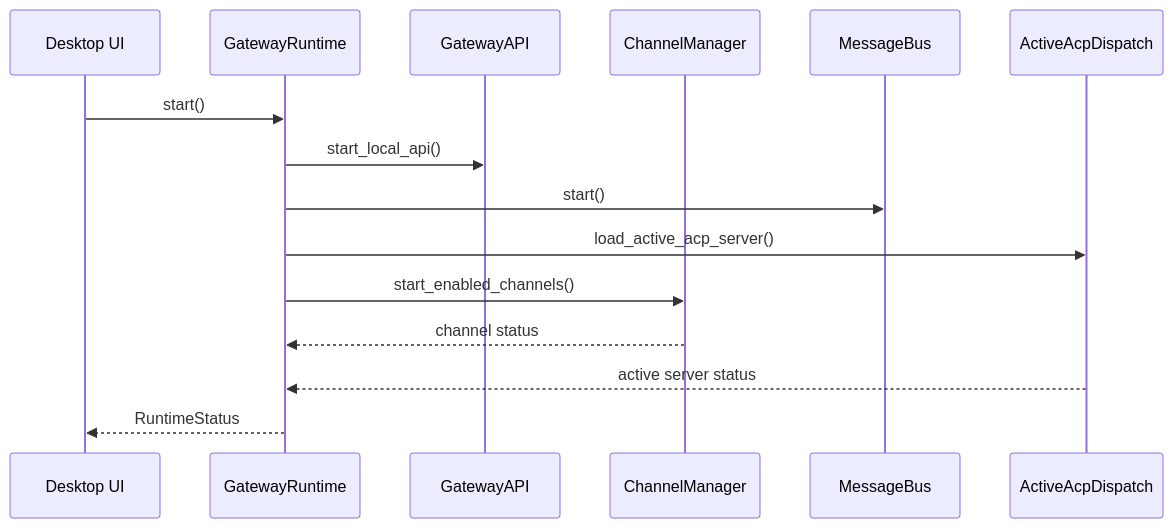
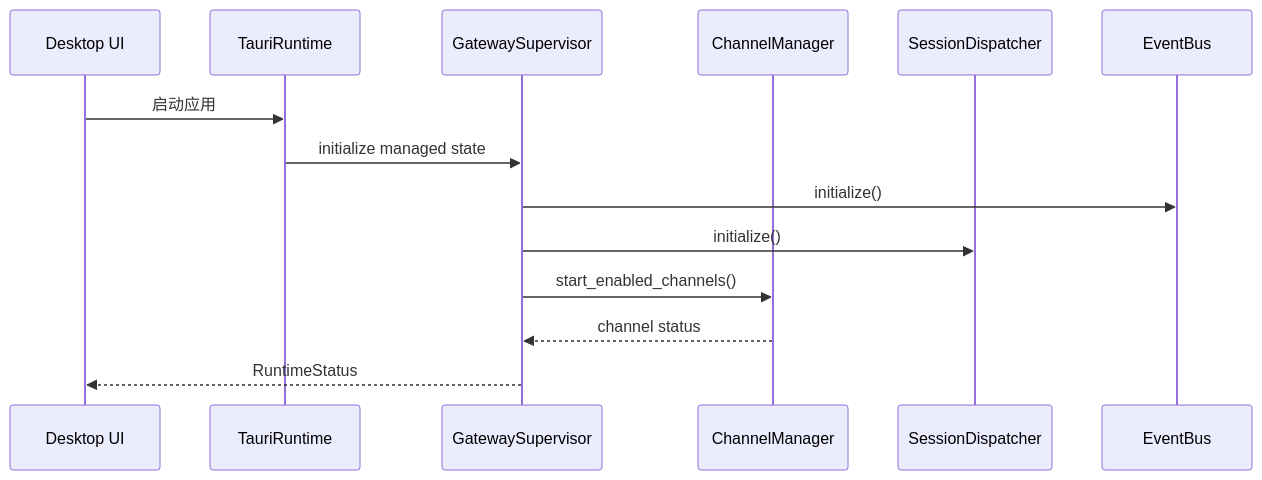
Before and after one commit to zhuxining/MindClaw: the first of 3 diagrams in docs/architecture/10-channel-gateway.md, drawn with Mermaid. The commit also changed other lines of this file and 17 other files, not shown here.

First line of the commit message:
feat: add event bus for runtime events and message processing

````diff
--- a/docs/architecture/10-channel-gateway.md
+++ b/docs/architecture/10-channel-gateway.md
@@ -59,18 +59,17 @@
 ```mermaid
 sequenceDiagram
     participant UI as Desktop UI
-    participant RT as GatewayRuntime
-    participant API as GatewayAPI
+    participant TR as TauriRuntime
+    participant GS as GatewaySupervisor
     participant CM as ChannelManager
-    participant MB as MessageBus
-    participant AD as ActiveAcpDispatch
+    participant SD as SessionDispatcher
+    participant EB as EventBus
 
-    UI->>RT: start()
-    RT->>API: start_local_api()
-    RT->>MB: start()
-    RT->>AD: load_active_acp_server()
-    RT->>CM: start_enabled_channels()
-    CM-->>RT: channel status
-    AD-->>RT: active server status
-    RT-->>UI: RuntimeStatus
+    UI->>TR: 启动应用
+    TR->>GS: initialize managed state
+    GS->>EB: initialize()
+    GS->>SD: initialize()
+    GS->>CM: start_enabled_channels()
+    CM-->>GS: channel status
+    GS-->>UI: RuntimeStatus
 ```
````
